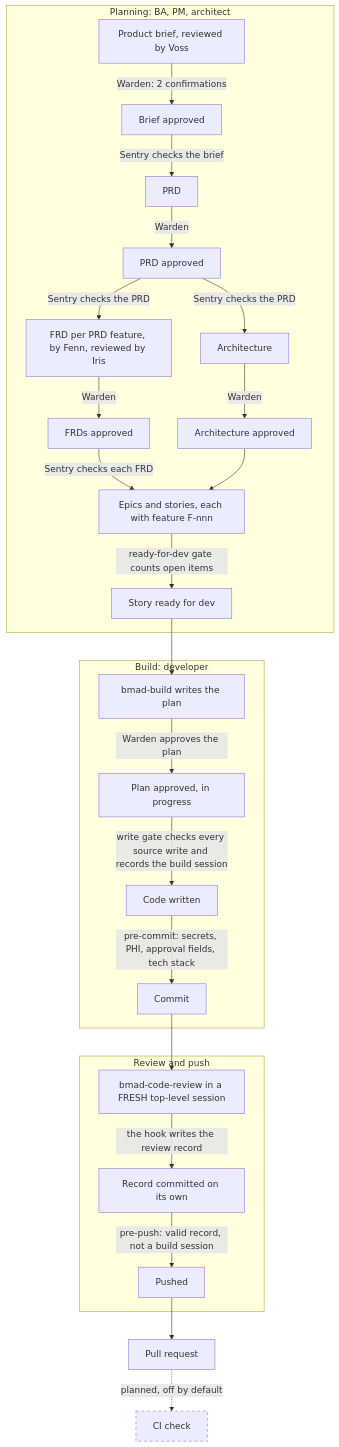
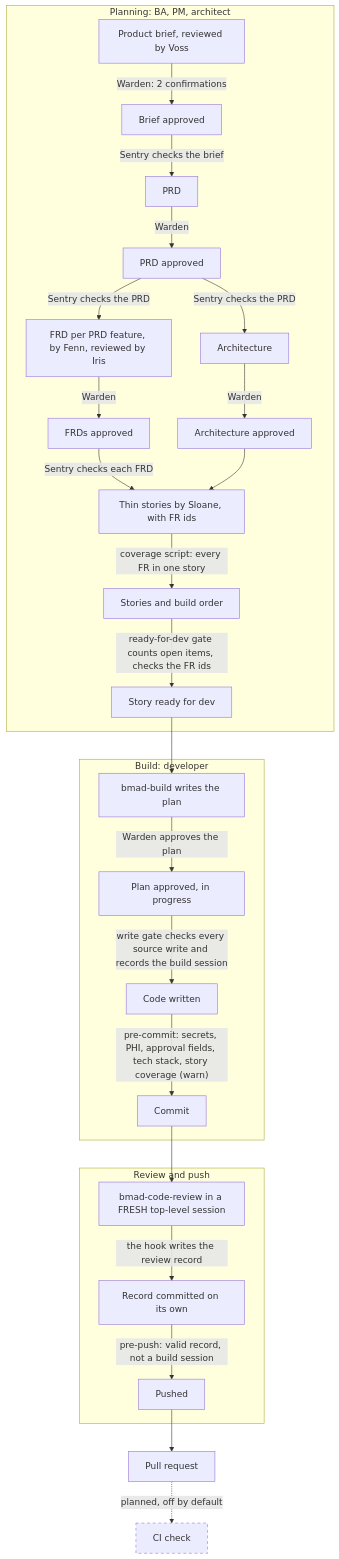
One commit to shameersn/bmad-guard changed the second of 5 diagrams in docs/architecture.md. Above: the diagram before and after it, drawn with Mermaid. The commit also changed other lines of this file and 5 other files, not shown here.

Commit message:
GUARD-3: update architecture doc and guides for thin stories

````diff
--- a/docs/architecture.md
+++ b/docs/architecture.md
@@ -74,34 +74,35 @@
 ```mermaid
 flowchart TB
     subgraph PLAN["Planning: BA, PM, architect"]
         a["Product brief, reviewed by Voss"] -->|"Warden: 2 confirmations"| a2["Brief approved"]
         a2 -->|"Sentry checks the brief"| b["PRD"]
         b -->|"Warden"| b2["PRD approved"]
         b2 -->|"Sentry checks the PRD"| c["Architecture"]
         c -->|"Warden"| c2["Architecture approved"]
         b2 -->|"Sentry checks the PRD"| f1["FRD per PRD feature, by Fenn, reviewed by Iris"]
         f1 -->|"Warden"| f2["FRDs approved"]
-        f2 -->|"Sentry checks each FRD"| d["Epics and stories, each with feature F-nnn"]
+        f2 -->|"Sentry checks each FRD"| d["Thin stories by Sloane, with FR ids"]
         c2 --> d
-        d -->|"ready-for-dev gate counts open items"| e["Story ready for dev"]
+        d -->|"coverage script: every FR in one story"| d2["Stories and build order"]
+        d2 -->|"ready-for-dev gate counts open items, checks the FR ids"| e["Story ready for dev"]
     end
 
     subgraph BUILD["Build: developer"]
         e --> f["bmad-build writes the plan"]
         f -->|"Warden approves the plan"| g["Plan approved, in progress"]
         g -->|"write gate checks every source write and records the build session"| h["Code written"]
-        h -->|"pre-commit: secrets, PHI, approval fields, tech stack"| i["Commit"]
+        h -->|"pre-commit: secrets, PHI, approval fields, tech stack, story coverage (warn)"| i["Commit"]
     end
 
     subgraph REVIEW["Review and push"]
         i --> j["bmad-code-review in a FRESH top-level session"]
         j -->|"the hook writes the review record"| k["Record committed on its own"]
         k -->|"pre-push: valid record, not a build session"| l["Pushed"]
     end
 
     l --> m["Pull request"]
     m -.->|"planned, off by default"| n["CI check"]
 
     classDef planned stroke-dasharray: 5 5
     class n planned
 ```
````
